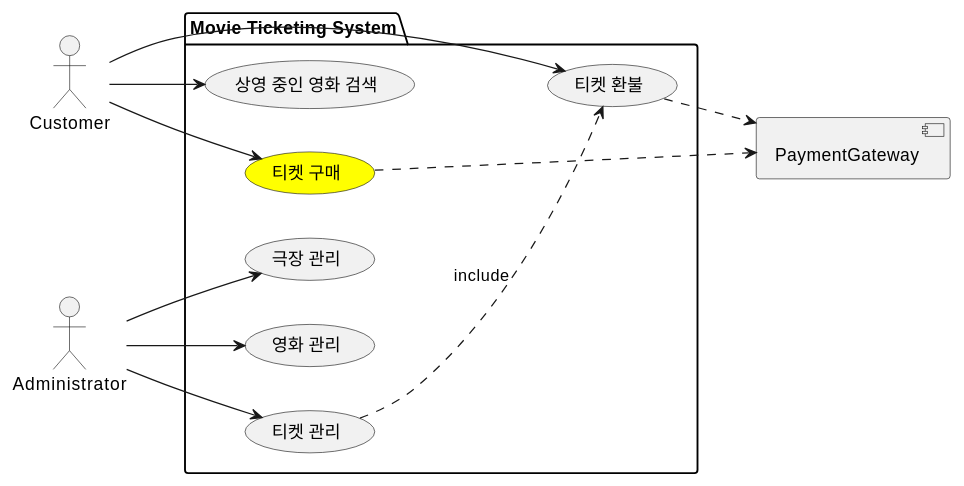
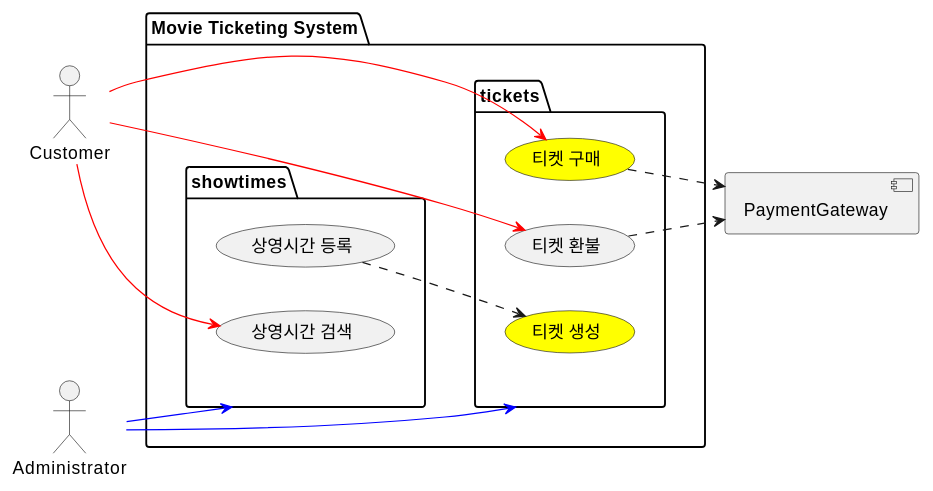
Before and after one commit to mannercode/nest-seed: the first of 2 diagrams in docs/use-cases.md, drawn with PlantUML. The commit also changed other lines of this file and 1 other file, not shown here.

````diff
--- a/docs/use-cases.md
+++ b/docs/use-cases.md
@@ -18,28 +20,34 @@
 ```plantuml
 @startuml
 left to right direction
 
 actor Customer
 actor Administrator
 component PaymentGateway
 
 package "Movie Ticketing System"{
-    usecase "상영 중인 영화 검색" as BrowseShowingMovies
-    usecase "티켓 구매" as PurchaseTickets #yellow
-    usecase "티켓 환불" as RefundTickets
+    package showtimes {
+        usecase "상영시간 등록" as CreateShowtimes
+        usecase "상영시간 검색" as FindShowtimes
+    }
 
-    usecase "극장 관리" as ManageTheaters
-    usecase "영화 관리" as ManageMovies
-    usecase "티켓 관리" as ManageTickets
+    package tickets {
+        usecase "티켓 구매" as PurchaseTickets #yellow
+        usecase "티켓 생성" as GenerateTickets #yellow
+        usecase "티켓 환불" as RefundTickets
+    }
 }
-Customer --> BrowseShowingMovies
-Customer --> PurchaseTickets
-Customer --> RefundTickets
-Administrator --> ManageTheaters
-Administrator --> ManageMovies
-Administrator --> ManageTickets
-ManageTickets ..> RefundTickets : include
+
+Customer --> PurchaseTickets #line:red
+Customer --> RefundTickets #line:red
+Customer --> FindShowtimes #line:red
+
+Administrator --> tickets #line:blue
+Administrator --> showtimes #line:blue
+
 PurchaseTickets ..> PaymentGateway
 RefundTickets ..> PaymentGateway
+CreateShowtimes ..> GenerateTickets
+
 @enduml
 ```
````
